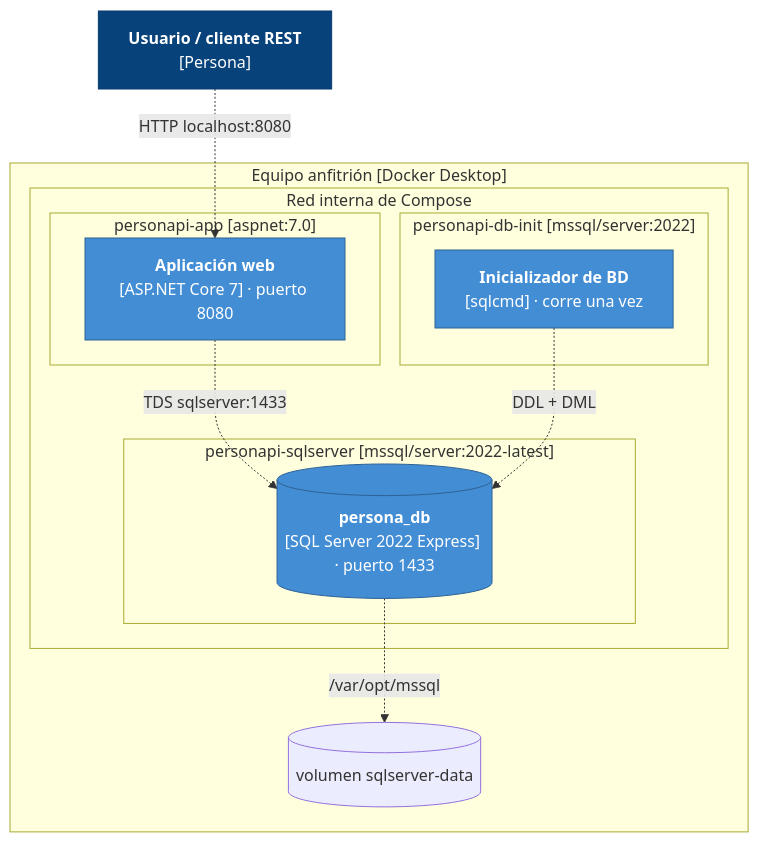
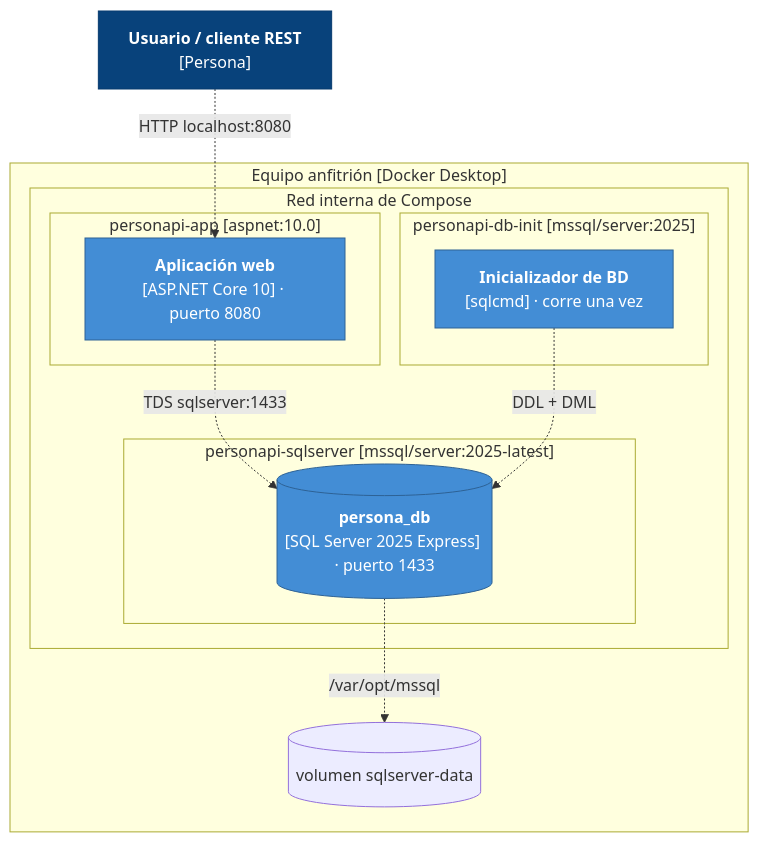
One commit to KatheBravo/personapi-dotnet changed the sixth of 6 diagrams in docs/arquitectura-c4.md. Above: the diagram before and after it, drawn with Mermaid. The commit also changed other lines of this file and 2 other files, not shown here.

Commit message:
docs: versiones actualizadas en README y diagramas C4
Tabla de versiones con su justificación e instrucciones para Visual Studio 2026, SSMS 22 y SQL Server 2025 Express.

````diff
--- a/docs/arquitectura-c4.md
+++ b/docs/arquitectura-c4.md
@@ -213,27 +213,27 @@
 ```mermaid
 flowchart TB
     usuario["<b>Usuario / cliente REST</b><br/>[Persona]"]
     subgraph host ["Equipo anfitrión [Docker Desktop]"]
         subgraph red ["Red interna de Compose"]
-            subgraph c1 ["personapi-app [aspnet:7.0]"]
-                web["<b>Aplicación web</b><br/>[ASP.NET Core 7] · puerto 8080"]
+            subgraph c1 ["personapi-app [aspnet:10.0]"]
+                web["<b>Aplicación web</b><br/>[ASP.NET Core 10] · puerto 8080"]
             end
-            subgraph c2 ["personapi-db-init [mssql/server:2022]"]
+            subgraph c2 ["personapi-db-init [mssql/server:2025]"]
                 init["<b>Inicializador de BD</b><br/>[sqlcmd] · corre una vez"]
             end
-            subgraph c3 ["personapi-sqlserver [mssql/server:2022-latest]"]
-                db[("<b>persona_db</b><br/>[SQL Server 2022 Express] · puerto 1433")]
+            subgraph c3 ["personapi-sqlserver [mssql/server:2025-latest]"]
+                db[("<b>persona_db</b><br/>[SQL Server 2025 Express] · puerto 1433")]
             end
         end
         vol[("volumen sqlserver-data")]
     end
     usuario -. "HTTP localhost:8080" .-> web
     web -. "TDS sqlserver:1433" .-> db
     init -. "DDL + DML" .-> db
     db -. "/var/opt/mssql" .-> vol
 
     classDef persona fill:#08427B,stroke:#073B6F,color:#fff
     classDef contenedor fill:#438DD5,stroke:#2E6295,color:#fff
     class usuario persona
     class web,init,db contenedor
 ```
````
